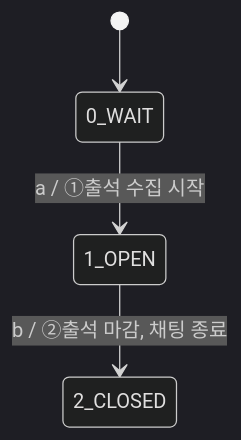
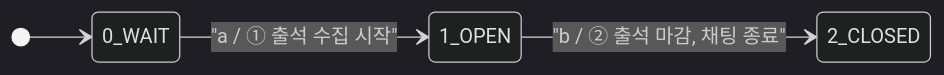
One commit to MEEEJEEE/auto-attendance-protocol changed the first of 2 diagrams in docs/FSM_design.md. Above: the diagram before and after it, drawn with Mermaid (dark theme). The commit also changed other lines of this file, not shown here.

````diff
--- a/docs/FSM_design.md
+++ b/docs/FSM_design.md
@@ -36,7 +50,8 @@
 ```mermaid
 stateDiagram-v2
+    direction LR
     [*] --> 0_WAIT
 
-    0_WAIT --> 1_OPEN : a / ①출석 수집 시작
-    1_OPEN --> 2_CLOSED : b / ②출석 마감, 채팅 종료
+    0_WAIT --> 1_OPEN : "a / ① 출석 수집 시작"
+    1_OPEN --> 2_CLOSED : "b / ② 출석 마감, 채팅 종료"
 ```
````
